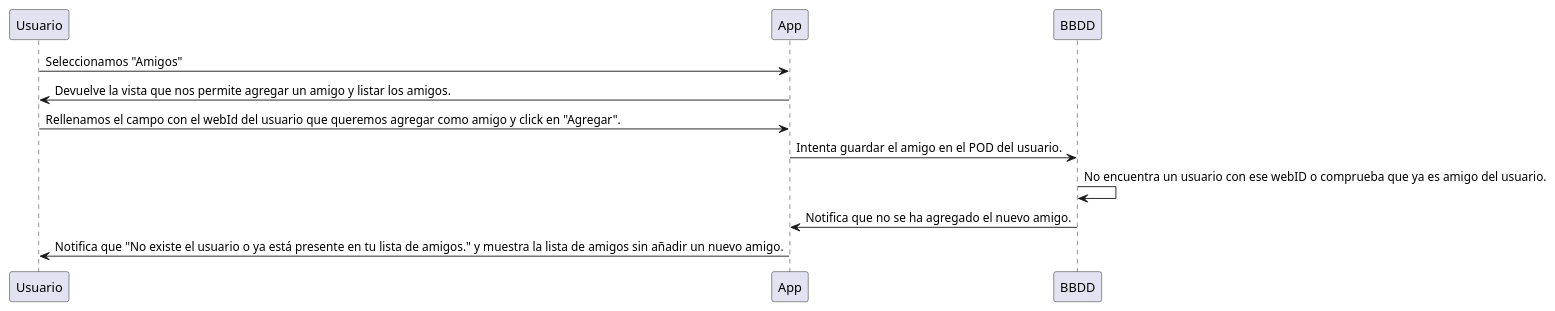
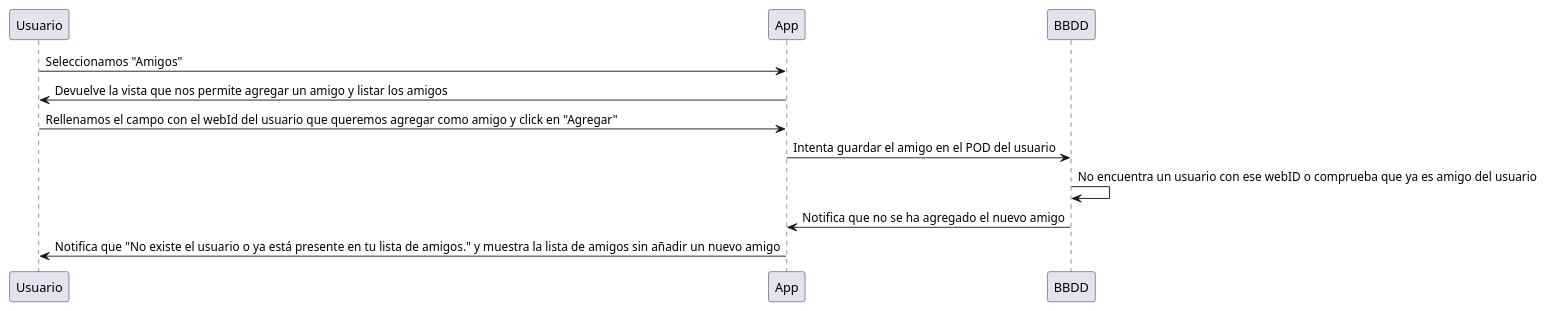
The fifth of 7 diagrams in src/docs/06_runtime_view.adoc (Arquisoft/viade_es5b), drawn with PlantUML before and after one commit. The commit also changed other lines of this file, not shown here.

```diff
--- a/src/docs/06_runtime_view.adoc
+++ b/src/docs/06_runtime_view.adoc
@@ -109,10 +109,10 @@
 [plantuml,"DiagramaAgregarAmigoNoExistenteOYaAmigo",png]
 ----
 Usuario -> App: Seleccionamos "Amigos"
-App -> Usuario: Devuelve la vista que nos permite agregar un amigo y listar los amigos.
-Usuario -> App: Rellenamos el campo con el webId del usuario que queremos agregar como amigo y click en "Agregar".
-App -> BBDD: Intenta guardar el amigo en el POD del usuario.
-BBDD -> BBDD: No encuentra un usuario con ese webID o comprueba que ya es amigo del usuario.
-BBDD -> App: Notifica que no se ha agregado el nuevo amigo.
-App -> Usuario: Notifica que "No existe el usuario o ya está presente en tu lista de amigos." y muestra la lista de amigos sin añadir un nuevo amigo.
+App -> Usuario: Devuelve la vista que nos permite agregar un amigo y listar los amigos
+Usuario -> App: Rellenamos el campo con el webId del usuario que queremos agregar como amigo y click en "Agregar"
+App -> BBDD: Intenta guardar el amigo en el POD del usuario
+BBDD -> BBDD: No encuentra un usuario con ese webID o comprueba que ya es amigo del usuario
+BBDD -> App: Notifica que no se ha agregado el nuevo amigo
+App -> Usuario: Notifica que "No existe el usuario o ya está presente en tu lista de amigos." y muestra la lista de amigos sin añadir un nuevo amigo
 ----
```
